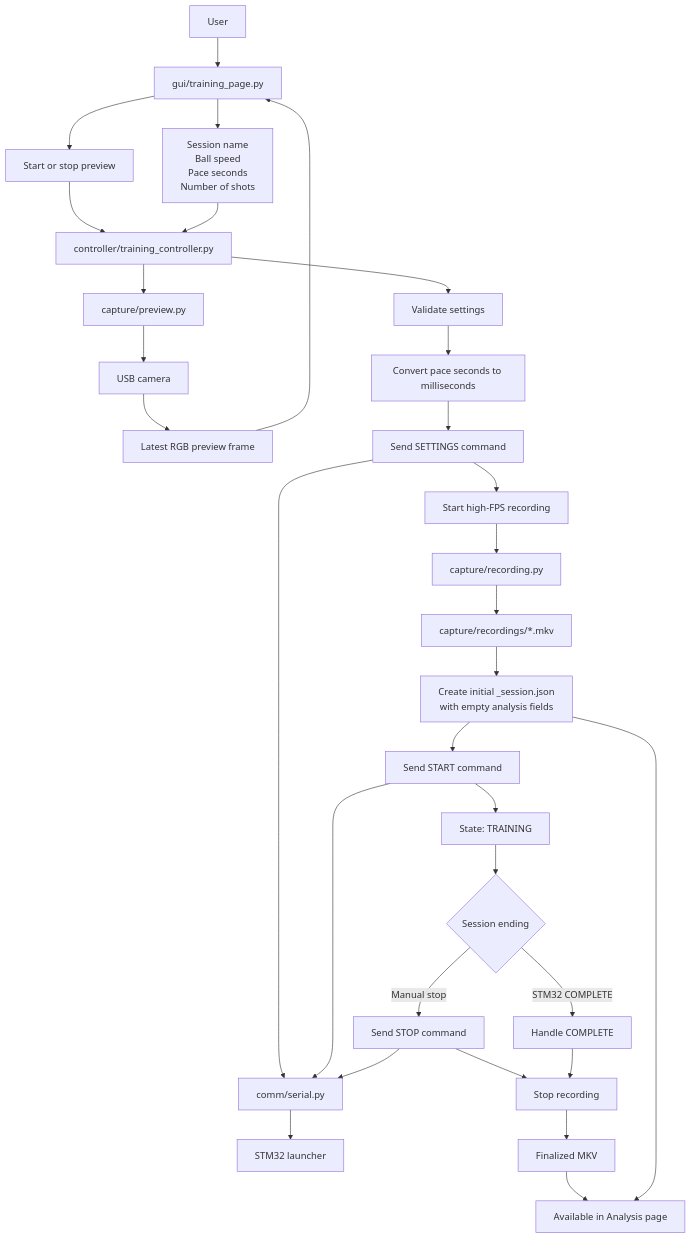
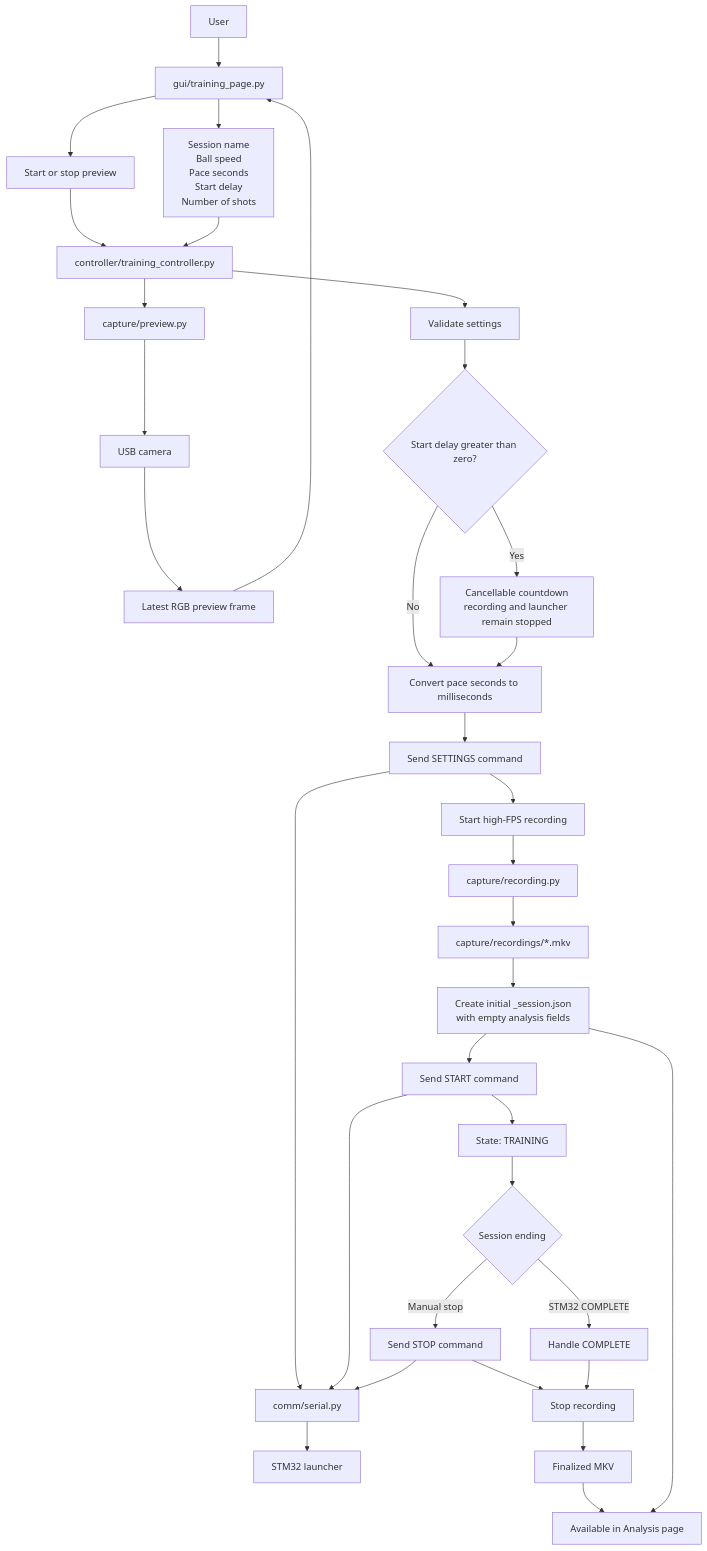
The first of 3 diagrams in jetson/docs/training_workflow.md (CoulterRolph/Capstone_Opencv), drawn with Mermaid before and after one commit. The commit also changed other lines of this file and 35 other files, not shown here.

````diff
--- a/jetson/docs/training_workflow.md
+++ b/jetson/docs/training_workflow.md
@@ -42,43 +42,46 @@
 ```mermaid
 flowchart TD
     User[User] --> TrainingPage[gui/training_page.py]
 
     TrainingPage --> PreviewControls[Start or stop preview]
     PreviewControls --> TrainingController[controller/training_controller.py]
     TrainingController --> PreviewService[capture/preview.py]
     PreviewService --> Camera[USB camera]
     Camera --> PreviewFrame[Latest RGB preview frame]
     PreviewFrame --> TrainingPage
 
-    TrainingPage --> Settings[Session name<br/>Ball speed<br/>Pace seconds<br/>Number of shots]
+    TrainingPage --> Settings[Session name<br/>Ball speed<br/>Pace seconds<br/>Start delay<br/>Number of shots]
     Settings --> TrainingController
 
     TrainingController --> Validate[Validate settings]
-    Validate --> Pace[Convert pace seconds to milliseconds]
+    Validate --> Delay{Start delay greater than zero?}
+    Delay -->|Yes| Countdown[Cancellable countdown<br/>recording and launcher remain stopped]
+    Delay -->|No| Pace[Convert pace seconds to milliseconds]
+    Countdown --> Pace
 
     Pace --> SendSettings[Send SETTINGS command]
     SendSettings --> Serial[comm/serial.py]
     Serial --> STM32[STM32 launcher]
 
     SendSettings --> StartRecording[Start high-FPS recording]
     StartRecording --> Recorder[capture/recording.py]
     Recorder --> RecordingFile[capture/recordings/*.mkv]
     RecordingFile --> InitialJSON[Create initial _session.json<br/>with empty analysis fields]
 
     InitialJSON --> SendStart[Send START command]
     SendStart --> Serial
 
     SendStart --> Running[State: TRAINING]
     Running --> StopChoice{Session ending}
 
     StopChoice -->|Manual stop| SendStop[Send STOP command]
     SendStop --> Serial
     SendStop --> StopRecording[Stop recording]
 
     StopChoice -->|STM32 COMPLETE| Complete[Handle COMPLETE]
     Complete --> StopRecording
 
     StopRecording --> FinalizedVideo[Finalized MKV]
     FinalizedVideo --> Analysis[Available in Analysis page]
     InitialJSON --> Analysis
 ```
````
